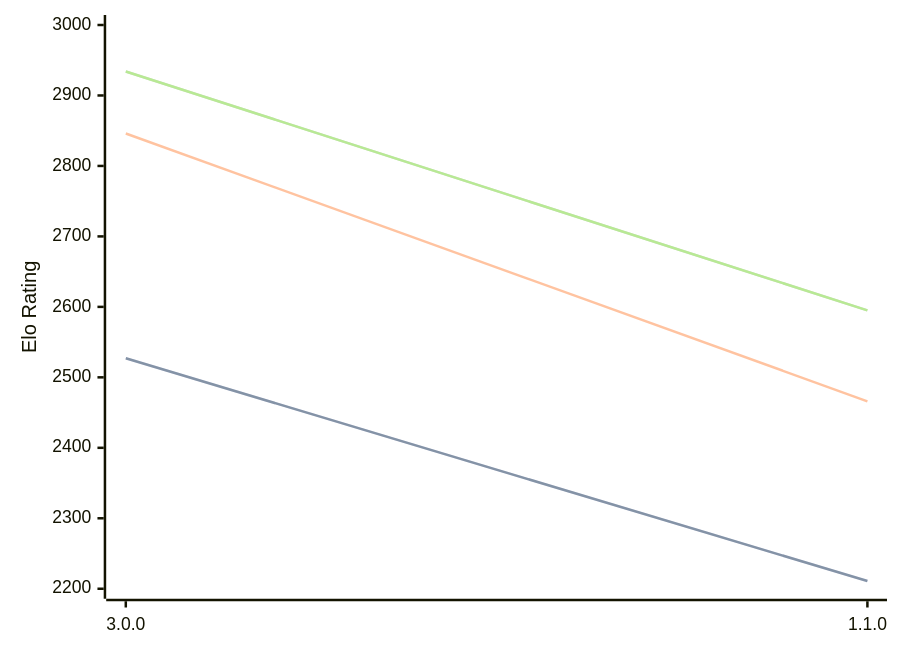
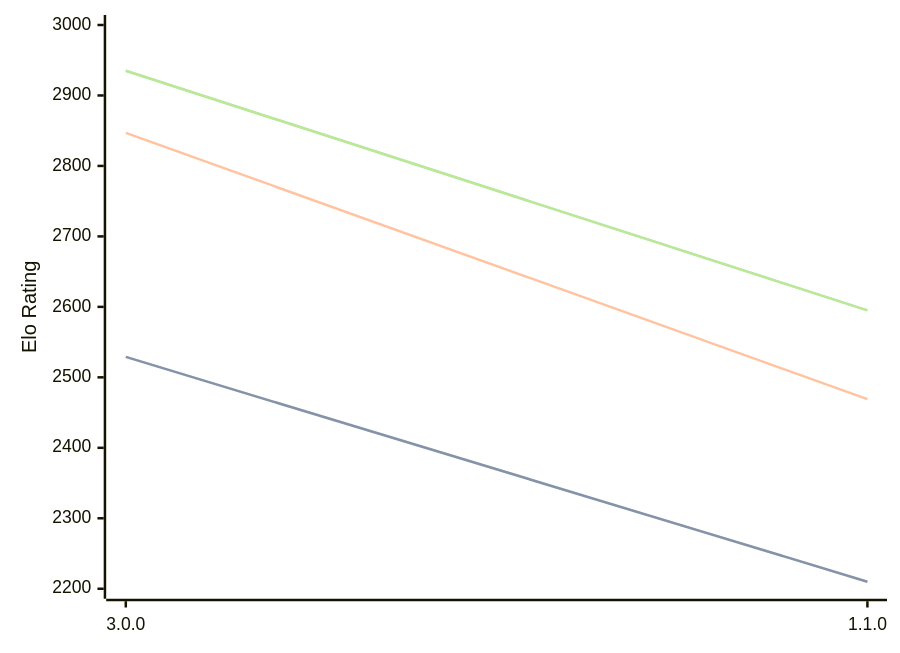
The diagram in engines/Potential.md (computer-chess-index/cci), drawn with Mermaid before and after one commit. The commit also changed other lines of this file, not shown here.

Commit message:
Update CCI Ratings (ELO VLTC) - 2026-07-25

````diff
--- a/engines/Potential.md
+++ b/engines/Potential.md
@@ -34,11 +34,11 @@
 ```mermaid
 %%{init: {"theme":"base","themeVariables":{"seriesColors:['#a3a3a3','#222221','#faa371']}}}%%
 xychart-beta
   x-axis ["3.0.0", "1.1.0"]
   y-axis "Elo Rating" 2200 --> 3000
-  line "STC (8.0+0.08s)" [2527, 2211]
-  line "STC (8.0+0.08s)" [2527, 2211]
-  line "LTC (60.0+0.60s)" [2846, 2466]
-  line "VLTC (2m24s+1.12s)" [2934, 2595]
-  line "VLTC (2m24s+1.12s)" [2934, 2595]
+  line "STC (8.0+0.08s)" [2529, 2210]
+  line "STC (8.0+0.08s)" [2529, 2210]
+  line "LTC (60.0+0.60s)" [2847, 2469]
+  line "VLTC (2m24s+1.12s)" [2935, 2595]
+  line "VLTC (2m24s+1.12s)" [2935, 2595]
 ```
````
